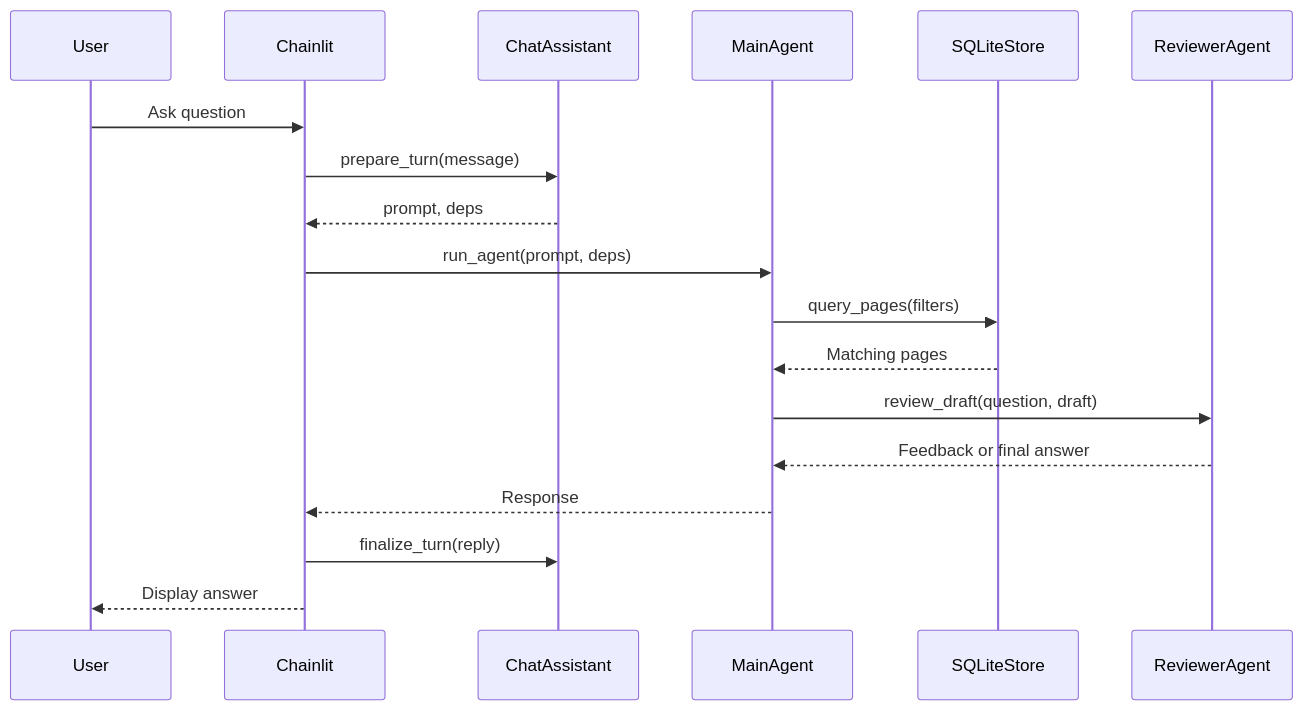
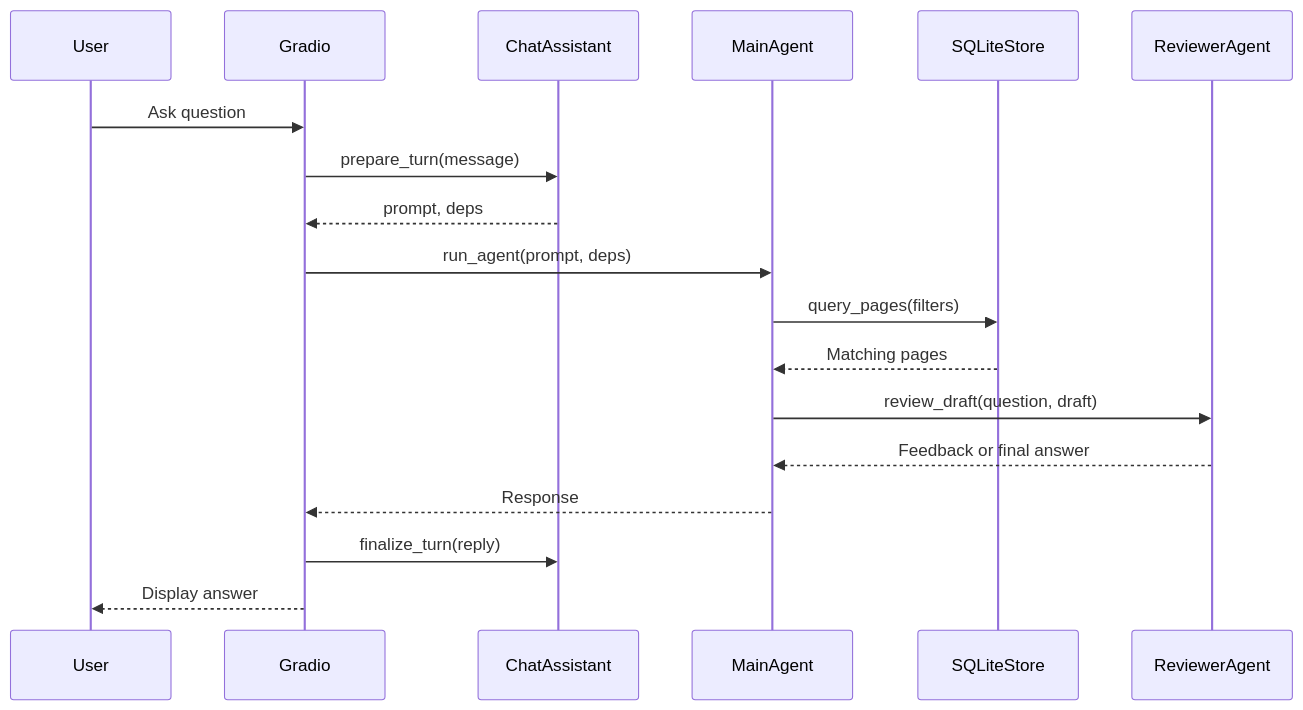
Before and after one commit to dallal9/Doc2Agent: the fifth of 5 diagrams in docs/architecture.md, drawn with Mermaid. The commit also changed other lines of this file and 33 other files, not shown here.

Commit message:
feat/switch to gradio and drop chainlit

````diff
--- a/docs/architecture.md
+++ b/docs/architecture.md
@@ -246,21 +241,21 @@
 ```mermaid
 sequenceDiagram
     participant U as User
-    participant CL as Chainlit
+    participant GR as Gradio
     participant CA as ChatAssistant
     participant MA as MainAgent
     participant DB as SQLiteStore
     participant RA as ReviewerAgent
 
-    U->>CL: Ask question
-    CL->>CA: prepare_turn(message)
-    CA-->>CL: prompt, deps
-    CL->>MA: run_agent(prompt, deps)
+    U->>GR: Ask question
+    GR->>CA: prepare_turn(message)
+    CA-->>GR: prompt, deps
+    GR->>MA: run_agent(prompt, deps)
     MA->>DB: query_pages(filters)
     DB-->>MA: Matching pages
     MA->>RA: review_draft(question, draft)
     RA-->>MA: Feedback or final answer
-    MA-->>CL: Response
-    CL->>CA: finalize_turn(reply)
-    CL-->>U: Display answer
+    MA-->>GR: Response
+    GR->>CA: finalize_turn(reply)
+    GR-->>U: Display answer
 ```
````
